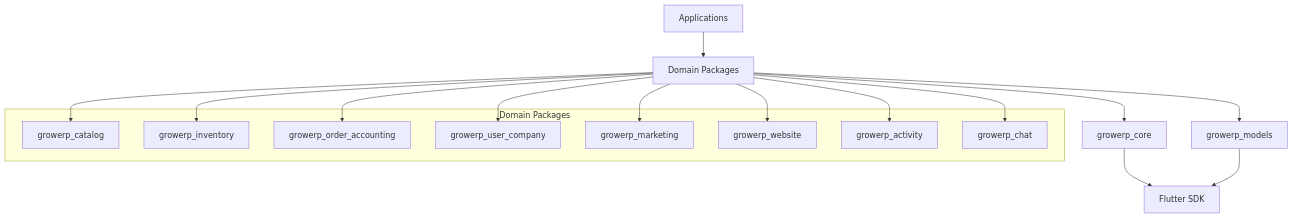
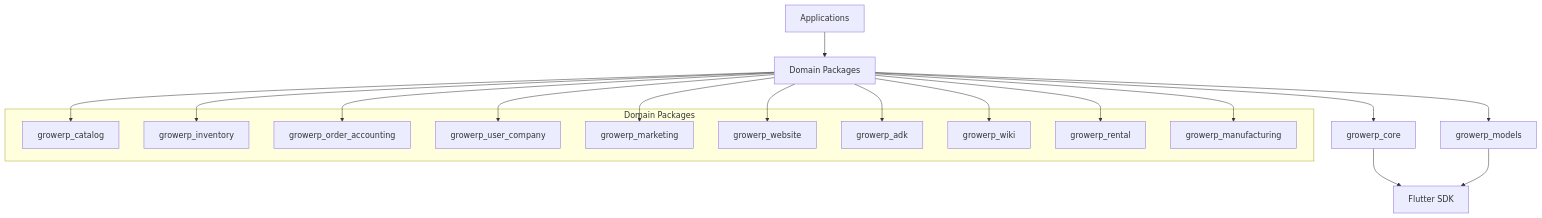
One commit to growerp/growerp changed the diagram in docs/Building_Blocks_Development_Guide.md. Above: the diagram before and after it, drawn with Mermaid. The commit also changed other lines of this file and 4 other files, not shown here.

````diff
--- a/docs/Building_Blocks_Development_Guide.md
+++ b/docs/Building_Blocks_Development_Guide.md
@@ -24,28 +24,32 @@
 ```mermaid
 graph TD
     A[Applications] --> B[Domain Packages]
     B --> C[growerp_core]
     B --> D[growerp_models]
     C --> E[Flutter SDK]
     D --> E
     
     subgraph "Domain Packages"
         F[growerp_catalog]
         G[growerp_inventory]
         H[growerp_order_accounting]
         I[growerp_user_company]
         J[growerp_marketing]
         K[growerp_website]
-        L[growerp_activity]
-        M[growerp_chat]
+        L[growerp_adk]
+        M[growerp_wiki]
+        N[growerp_rental]
+        O[growerp_manufacturing]
     end
     
     B --> F
     B --> G
     B --> H
     B --> I
     B --> J
     B --> K
     B --> L
     B --> M
+    B --> N
+    B --> O
 ```
````
